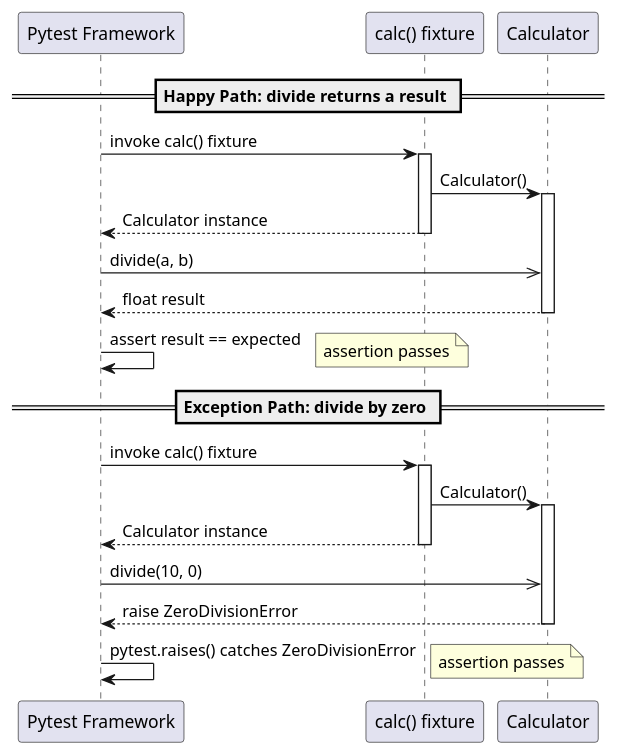
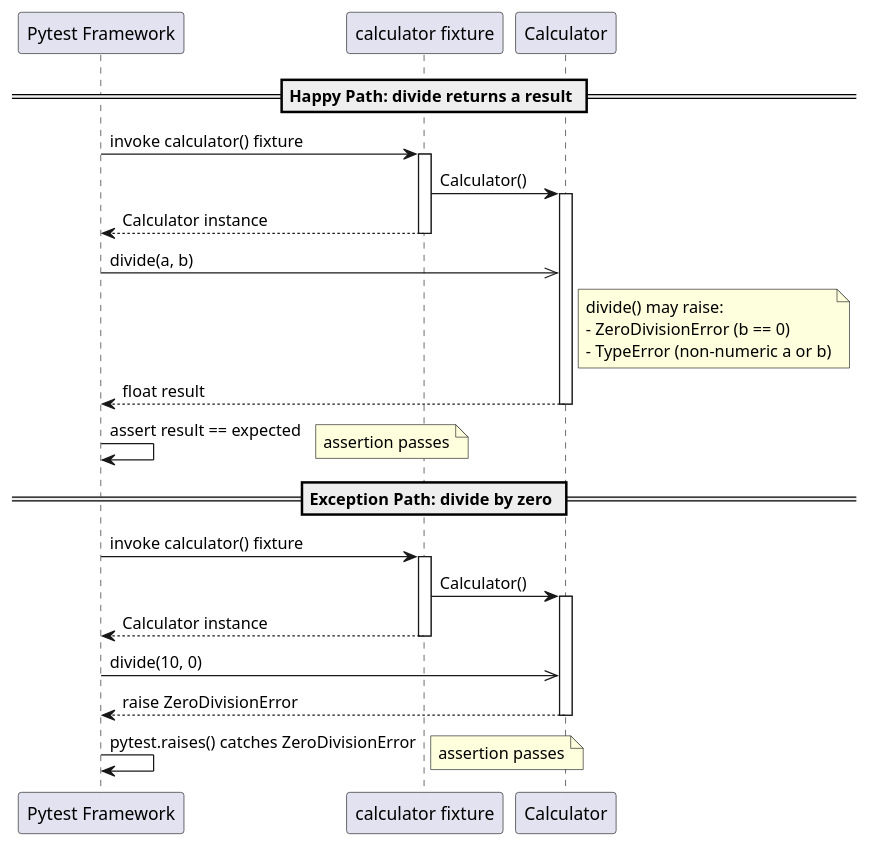
The diagram in artifacts/sequence_diagram_test_division.puml (DanielRiha8906/Calculator_bachelor_autoevolution_team), drawn with PlantUML before and after one commit. The commit also changed 3 other files, not shown here.

First line of the commit message:
docs: update PlantUML diagrams for full calculator test suite

```diff
--- a/artifacts/sequence_diagram_test_division.puml
+++ b/artifacts/sequence_diagram_test_division.puml
@@ -1,39 +1,44 @@
 @startuml sequence_diagram_test_division
 
 participant "Pytest Framework" as Pytest
-participant "calc() fixture" as Fixture
+participant "calculator fixture" as Fixture
 participant "Calculator" as Calc
 
 == Happy Path: divide returns a result ==
 
-Pytest -> Fixture : invoke calc() fixture
+Pytest -> Fixture : invoke calculator() fixture
 activate Fixture
 Fixture -> Calc : Calculator()
 activate Calc
 Fixture --> Pytest : Calculator instance
 deactivate Fixture
 
 Pytest ->> Calc : divide(a, b)
+note right of Calc
+  divide() may raise:
+  - ZeroDivisionError (b == 0)
+  - TypeError (non-numeric a or b)
+end note
 Calc --> Pytest : float result
 deactivate Calc
 
 Pytest -> Pytest : assert result == expected
 note right : assertion passes
 
 == Exception Path: divide by zero ==
 
-Pytest -> Fixture : invoke calc() fixture
+Pytest -> Fixture : invoke calculator() fixture
 activate Fixture
 Fixture -> Calc : Calculator()
 activate Calc
 Fixture --> Pytest : Calculator instance
 deactivate Fixture
 
 Pytest ->> Calc : divide(10, 0)
 Calc --> Pytest : raise ZeroDivisionError
 deactivate Calc
 
 Pytest -> Pytest : pytest.raises() catches ZeroDivisionError
 note right : assertion passes
 
 @enduml
```
